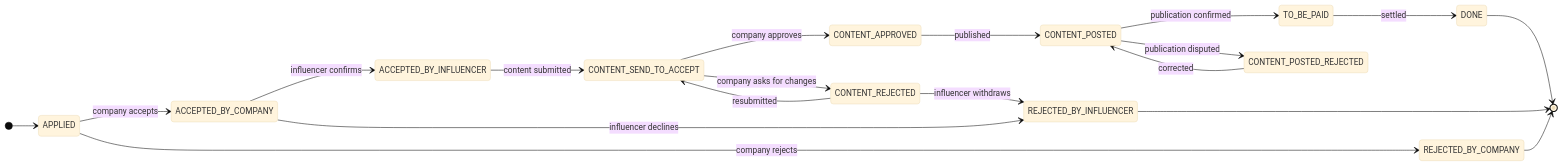
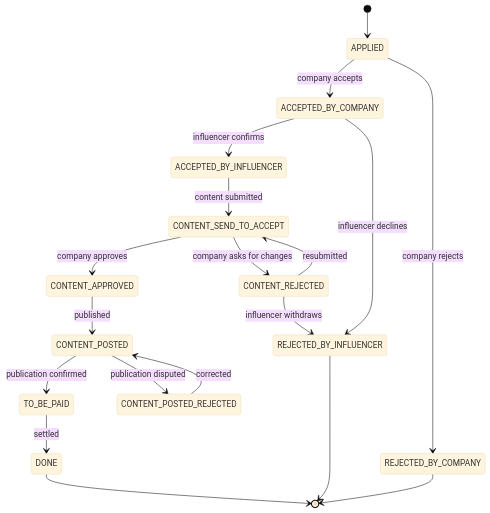
One commit to Check-It-Out-Dev/checkitout-backend changed the diagram in docs/guide/domain.md. Above: the diagram before and after it, drawn with Mermaid (base theme). The commit also changed 7 other files, not shown here.

First line of the commit message:
Diagrams are drawn top-down, so their labels are readable at GitHub's column width

````diff
--- a/docs/guide/domain.md
+++ b/docs/guide/domain.md
@@ -14,22 +14,21 @@
 ```mermaid
 stateDiagram-v2
-    direction LR
     [*] --> APPLIED
     APPLIED --> ACCEPTED_BY_COMPANY: company accepts
     APPLIED --> REJECTED_BY_COMPANY: company rejects
     ACCEPTED_BY_COMPANY --> ACCEPTED_BY_INFLUENCER: influencer confirms
     ACCEPTED_BY_COMPANY --> REJECTED_BY_INFLUENCER: influencer declines
     ACCEPTED_BY_INFLUENCER --> CONTENT_SEND_TO_ACCEPT: content submitted
     CONTENT_SEND_TO_ACCEPT --> CONTENT_APPROVED: company approves
     CONTENT_SEND_TO_ACCEPT --> CONTENT_REJECTED: company asks for changes
     CONTENT_REJECTED --> CONTENT_SEND_TO_ACCEPT: resubmitted
     CONTENT_REJECTED --> REJECTED_BY_INFLUENCER: influencer withdraws
     CONTENT_APPROVED --> CONTENT_POSTED: published
     CONTENT_POSTED --> TO_BE_PAID: publication confirmed
     CONTENT_POSTED --> CONTENT_POSTED_REJECTED: publication disputed
     CONTENT_POSTED_REJECTED --> CONTENT_POSTED: corrected
     TO_BE_PAID --> DONE: settled
     REJECTED_BY_COMPANY --> [*]
     REJECTED_BY_INFLUENCER --> [*]
     DONE --> [*]
 ```
````
